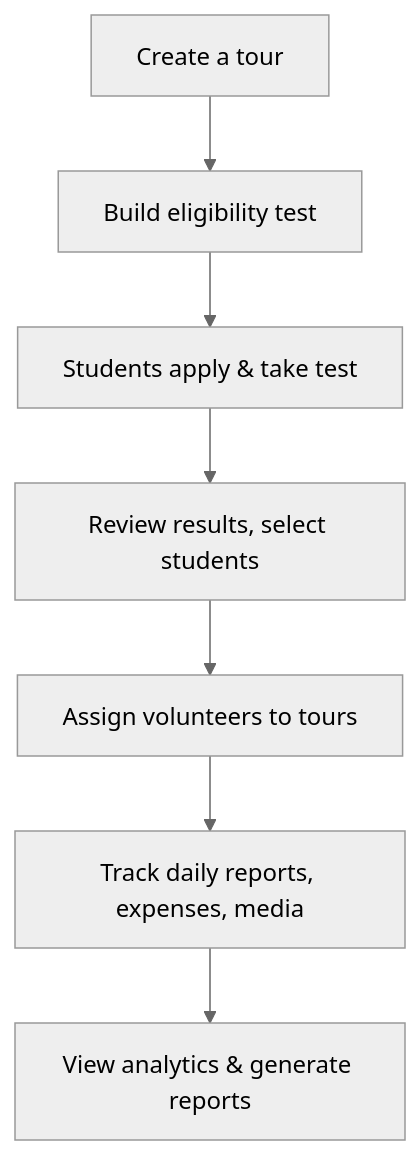
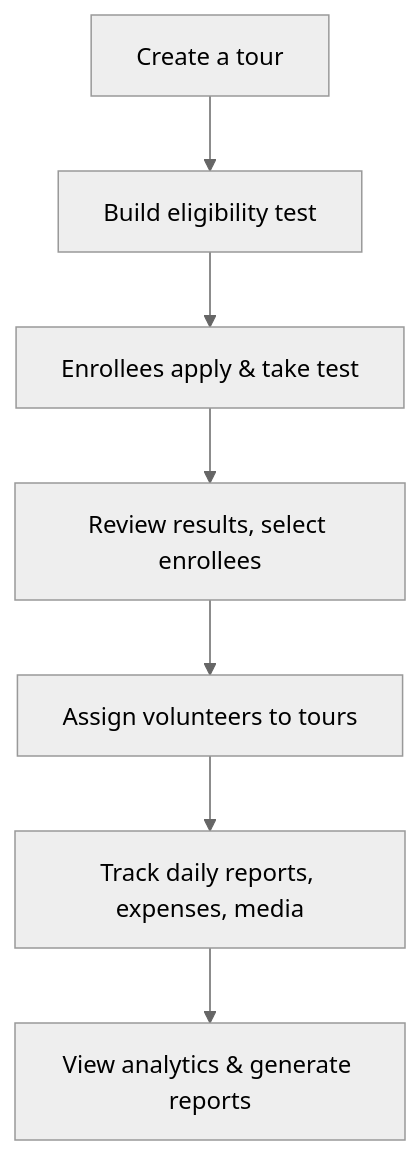
Before and after one commit to ashutoshswamy/gyansetu: the fourth of 6 diagrams in PLATFORM_GUIDE.md, drawn with Mermaid (neutral theme). The commit also changed other lines of this file and 3 other files, not shown here.

````diff
--- a/PLATFORM_GUIDE.md
+++ b/PLATFORM_GUIDE.md
@@ -59,9 +59,9 @@
 ```mermaid
 flowchart TD
     A[Create a tour] --> B[Build eligibility test]
-    B --> C[Students apply & take test]
-    C --> D[Review results, select students]
+    B --> C[Enrollees apply & take test]
+    C --> D[Review results, select enrollees]
     D --> E[Assign volunteers to tours]
     E --> F[Track daily reports, expenses, media]
     F --> G[View analytics & generate reports]
 ```
````
